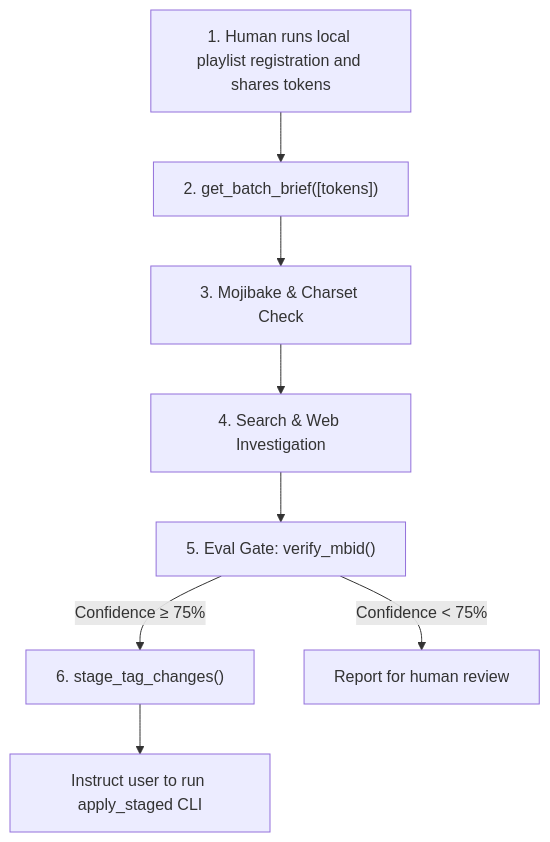
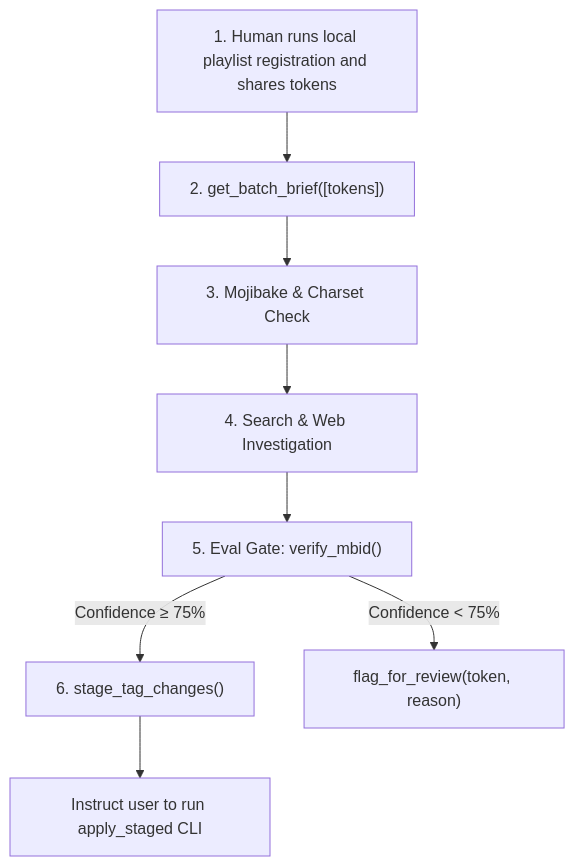
Before and after one commit to niccy266/musicbee-tagger-mcp: the diagram in release/claude-marketplace/plugins/musicbee-tagger/skills/musicbee-investigator/SKILL.md, drawn with Mermaid. The commit also changed other lines of this file and 10 other files, not shown here.

Commit message:
feat(issue-9): add durable flag_for_review human-review tool

````diff
--- a/release/claude-marketplace/plugins/musicbee-tagger/skills/musicbee-investigator/SKILL.md
+++ b/release/claude-marketplace/plugins/musicbee-tagger/skills/musicbee-investigator/SKILL.md
@@ -35,10 +35,10 @@
 ```mermaid
 flowchart TD
     A["1. Human runs local playlist registration and shares tokens"] --> B["2. get_batch_brief([tokens])"]
     B --> C["3. Mojibake & Charset Check"]
     C --> D["4. Search & Web Investigation"]
     D --> E["5. Eval Gate: verify_mbid()"]
     E -->|Confidence ≥ 75%| F["6. stage_tag_changes()"]
-    E -->|Confidence < 75%| G["Report for human review"]
+    E -->|Confidence < 75%| G["flag_for_review(token, reason)"]
     F --> H["Instruct user to run apply_staged CLI"]
 ```
````
